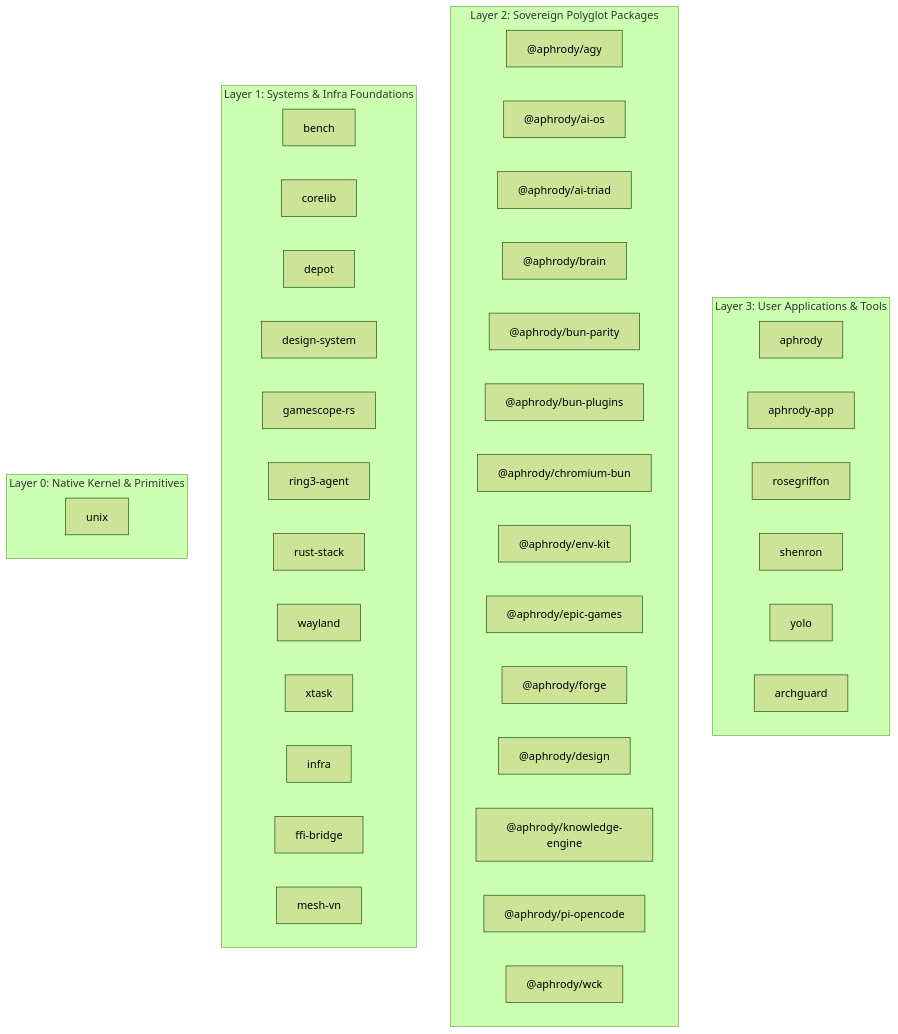
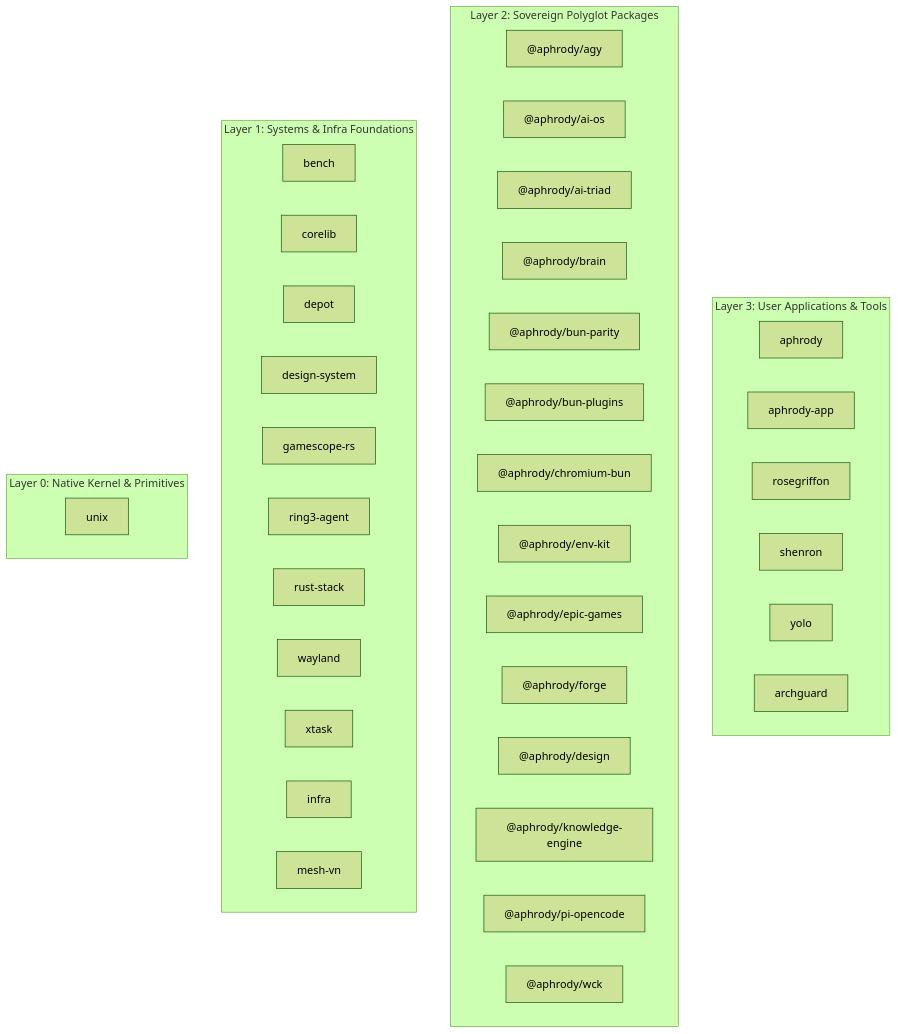
The diagram in crates/archguard/README.md (aphrody-dev/src), drawn with Mermaid (forest theme) before and after one commit. The commit also changed other lines of this file and 45 other files, not shown here.

````diff
--- a/crates/archguard/README.md
+++ b/crates/archguard/README.md
@@ -35,47 +35,46 @@
 ```mermaid
 flowchart TD
   subgraph Layer_3["Layer 3: User Applications & Tools"]
     apps_aphrody["aphrody"]
     apps_aphrody_app["aphrody-app"]
     apps_rosegriffon["rosegriffon"]
     apps_shenron["shenron"]
     apps_yolo["yolo"]
     tools_archguard["archguard"]
   end
 
   subgraph Layer_2["Layer 2: Sovereign Polyglot Packages"]
     packages_agy["@aphrody/agy"]
     packages_ai_os["@aphrody/ai-os"]
     packages_ai_triad["@aphrody/ai-triad"]
     packages_brain["@aphrody/brain"]
     packages_bun_parity["@aphrody/bun-parity"]
     packages_bun_plugins["@aphrody/bun-plugins"]
     packages_chromium_bun["@aphrody/chromium-bun"]
     packages_env_kit["@aphrody/env-kit"]
     packages_epic_games["@aphrody/epic-games"]
     packages_forge["@aphrody/forge"]
     packages_design["@aphrody/design"]
     packages_knowledge_engine["@aphrody/knowledge-engine"]
     packages_pi_opencode["@aphrody/pi-opencode"]
     packages_wck["@aphrody/wck"]
   end
 
   subgraph Layer_1["Layer 1: Systems & Infra Foundations"]
     crates_bench["bench"]
     crates_corelib["corelib"]
     crates_depot["depot"]
     crates_design_system["design-system"]
     crates_gamescope_rs["gamescope-rs"]
     crates_ring3_agent["ring3-agent"]
     crates_rust_stack["rust-stack"]
     crates_wayland["wayland"]
     crates_xtask["xtask"]
     infra["infra"]
-    infra_ffi_bridge["ffi-bridge"]
     infra_mesh_vn["mesh-vn"]
   end
 
   subgraph Layer_0["Layer 0: Native Kernel & Primitives"]
     crates_unix["unix"]
   end
 ```
````
